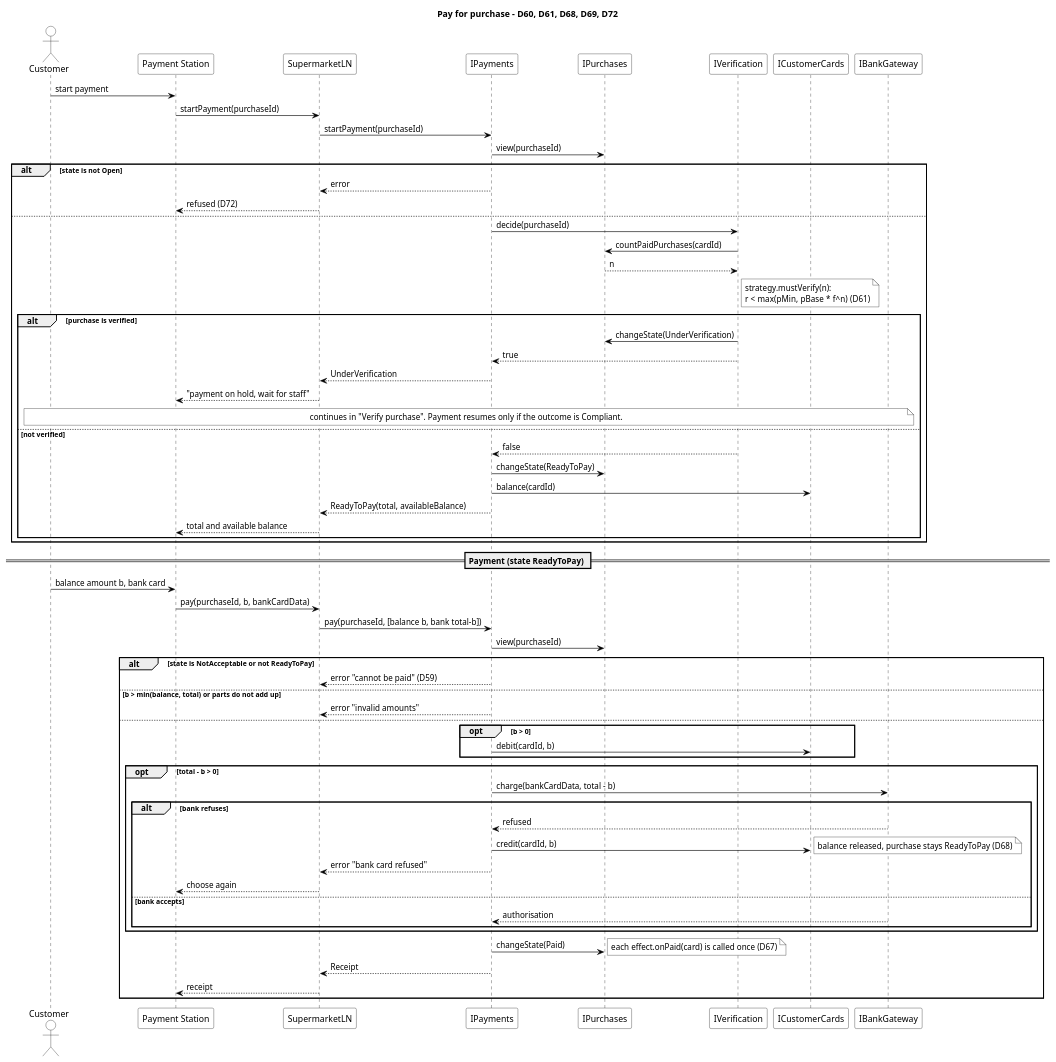
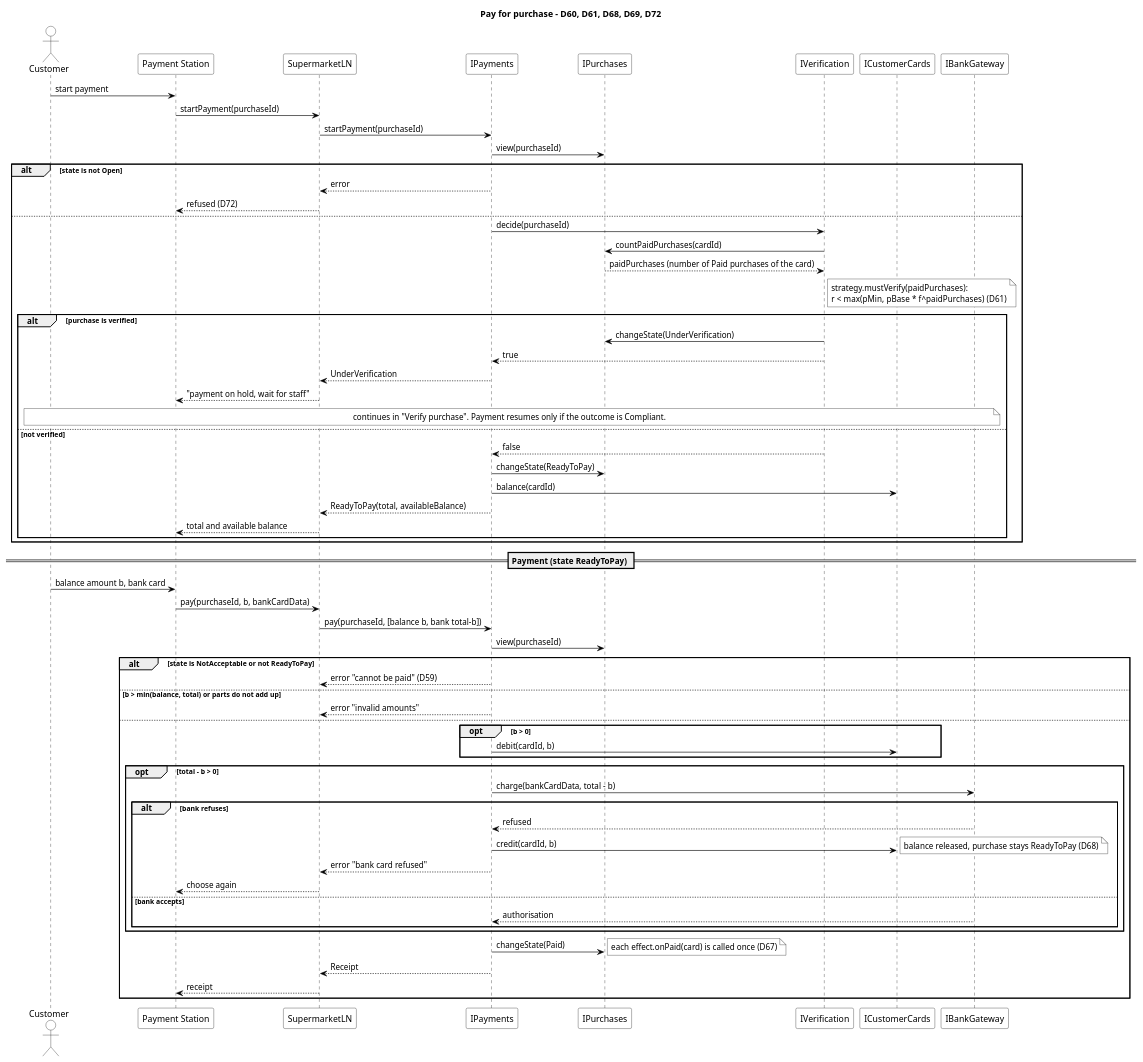
Before and after one commit to gkhnn17/DSS-project: the diagram in 2_Design/sd_pay_purchase.puml, drawn with PlantUML. The commit also changed 4 other files, not shown here.

Commit message:
Rename n to paidPurchases in the payment sequence diagram and verification strategy

```diff
--- a/2_Design/sd_pay_purchase.puml
+++ b/2_Design/sd_pay_purchase.puml
@@ -1,86 +1,86 @@
 @startuml sd_pay_purchase
 skinparam shadowing false
 skinparam defaultFontName Arial
 skinparam sequence {
   ParticipantBackgroundColor White
   ParticipantBorderColor Black
   ActorBackgroundColor White
   ActorBorderColor Black
   LifeLineBorderColor Black
   ArrowColor Black
 }
 skinparam note {
   BackgroundColor White
   BorderColor Black
 }
 title Pay for purchase - D60, D61, D68, D69, D72
 actor Customer
 participant "Payment Station" as St
 participant SupermarketLN as LN
 participant IPayments as Pay
 participant IPurchases as Purch
 participant IVerification as Ver
 participant ICustomerCards as Cards
 participant IBankGateway as Bank
 
 Customer -> St : start payment
 St -> LN : startPayment(purchaseId)
 LN -> Pay : startPayment(purchaseId)
 Pay -> Purch : view(purchaseId)
 alt state is not Open
   Pay --> LN : error
   LN --> St : refused (D72)
 else
   Pay -> Ver : decide(purchaseId)
   Ver -> Purch : countPaidPurchases(cardId)
-  Purch --> Ver : n
+  Purch --> Ver : paidPurchases (number of Paid purchases of the card)
   note right of Ver
-    strategy.mustVerify(n):
-    r < max(pMin, pBase * f^n)  (D61)
+    strategy.mustVerify(paidPurchases):
+    r < max(pMin, pBase * f^paidPurchases)  (D61)
   end note
   alt purchase is verified
     Ver -> Purch : changeState(UnderVerification)
     Ver --> Pay : true
     Pay --> LN : UnderVerification
     LN --> St : "payment on hold, wait for staff"
     note over Customer, Bank : continues in "Verify purchase". Payment resumes only if the outcome is Compliant.
   else not verified
     Ver --> Pay : false
     Pay -> Purch : changeState(ReadyToPay)
     Pay -> Cards : balance(cardId)
     Pay --> LN : ReadyToPay(total, availableBalance)
     LN --> St : total and available balance
   end
 end
 
 == Payment (state ReadyToPay) ==
 Customer -> St : balance amount b, bank card
 St -> LN : pay(purchaseId, b, bankCardData)
 LN -> Pay : pay(purchaseId, [balance b, bank total-b])
 Pay -> Purch : view(purchaseId)
 alt state is NotAcceptable or not ReadyToPay
   Pay --> LN : error "cannot be paid" (D59)
 else b > min(balance, total) or parts do not add up
   Pay --> LN : error "invalid amounts"
 else
   opt b > 0
     Pay -> Cards : debit(cardId, b)
   end
   opt total - b > 0
     Pay -> Bank : charge(bankCardData, total - b)
     alt bank refuses
       Bank --> Pay : refused
       Pay -> Cards : credit(cardId, b)
       note right: balance released, purchase stays ReadyToPay (D68)
       Pay --> LN : error "bank card refused"
       LN --> St : choose again
     else bank accepts
       Bank --> Pay : authorisation
     end
   end
   Pay -> Purch : changeState(Paid)
   note right: each effect.onPaid(card) is called once (D67)
   Pay --> LN : Receipt
   LN --> St : receipt
 end
 @enduml
```
